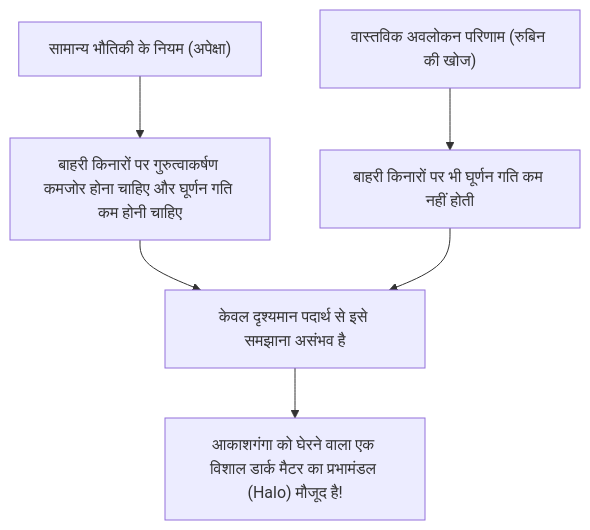
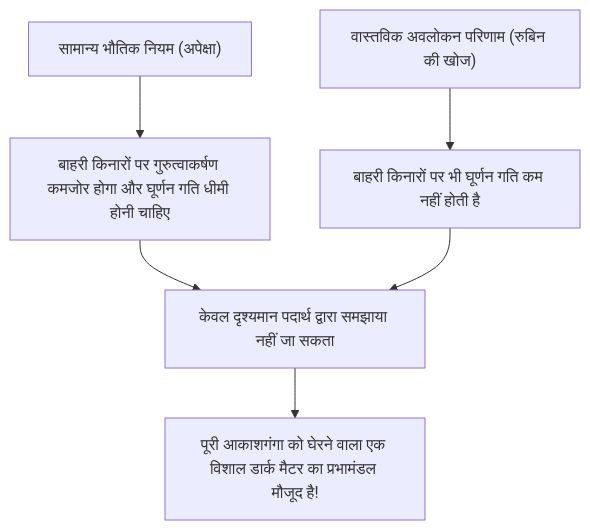
Before and after one commit to kenjinote/blog: the first of 2 diagrams in content/post/dark-matter-dark-energy-mysteries/index.hi.md, drawn with Mermaid. The commit also changed other lines of this file and 12 other files, not shown here.

````diff
--- a/content/post/dark-matter-dark-energy-mysteries/index.hi.md
+++ b/content/post/dark-matter-dark-energy-mysteries/index.hi.md
@@ -31,8 +31,8 @@
 ```mermaid
 graph TD
-    A["सामान्य भौतिकी के नियम (अपेक्षा)"] --> B["बाहरी किनारों पर गुरुत्वाकर्षण कमजोर होना चाहिए और घूर्णन गति कम होनी चाहिए"]
-    C["वास्तविक अवलोकन परिणाम (रुबिन की खोज)"] --> D["बाहरी किनारों पर भी घूर्णन गति कम नहीं होती"]
-    B --> E["केवल दृश्यमान पदार्थ से इसे समझाना असंभव है"]
+    A["सामान्य भौतिक नियम (अपेक्षा)"] --> B["बाहरी किनारों पर गुरुत्वाकर्षण कमजोर होगा और घूर्णन गति धीमी होनी चाहिए"]
+    C["वास्तविक अवलोकन परिणाम (रुबिन की खोज)"] --> D["बाहरी किनारों पर भी घूर्णन गति कम नहीं होती है"]
+    B --> E["केवल दृश्यमान पदार्थ द्वारा समझाया नहीं जा सकता"]
     D --> E
-    E --> F["आकाशगंगा को घेरने वाला एक विशाल डार्क मैटर का प्रभामंडल (Halo) मौजूद है!"]
+    E --> F["पूरी आकाशगंगा को घेरने वाला एक विशाल डार्क मैटर का प्रभामंडल मौजूद है!"]
 ```
````
